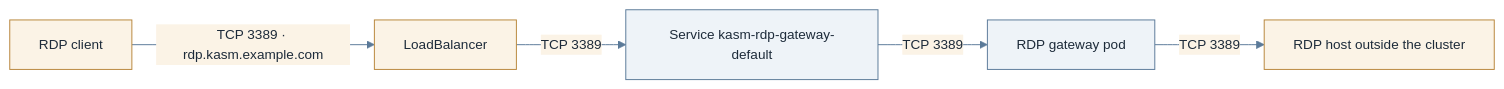
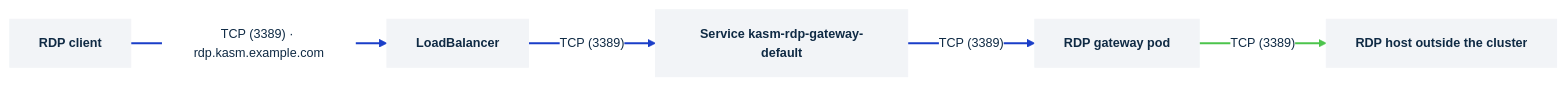
Before and after one commit to kasmtech/kasm-helm: the diagram in docs/how-to/networking/rdp-gateway.md, drawn with Mermaid. The commit also changed 35 other files, not shown here.

First line of the commit message:
Kasm diagram theme, and the operator and agent fixes verified against the dev builds

````diff
--- a/docs/how-to/networking/rdp-gateway.md
+++ b/docs/how-to/networking/rdp-gateway.md
@@ -13,10 +13,16 @@
 ```mermaid
-%%{init: {"theme":"base","themeVariables":{"primaryColor":"#eef3f8","primaryBorderColor":"#5b7a99","primaryTextColor":"#1d2b3a","secondaryColor":"#fbf3e6","secondaryBorderColor":"#b8863b","tertiaryColor":"#eaf5ec","tertiaryBorderColor":"#4f8a5b","lineColor":"#5b7a99","fontFamily":"Inter, Helvetica, Arial, sans-serif","fontSize":"14px"},"flowchart":{"curve":"basis","htmlLabels":true}}}%%
+%%{init: {"theme":"base","themeVariables":{"background":"#ffffff","primaryColor":"#f2f4f7","primaryBorderColor":"#f2f4f7","primaryTextColor":"#0f2a44","lineColor":"#0f2a44","clusterBkg":"#ffffff","clusterBorder":"#4a4a4a","edgeLabelBackground":"#ffffff","fontFamily":"Montserrat, Helvetica, Arial, sans-serif","fontSize":"13px"},"flowchart":{"curve":"linear","htmlLabels":true,"nodeSpacing":36,"rankSpacing":64}}}%%
 flowchart LR
-  rdp["RDP client"] -->|"TCP 3389 · rdp.kasm.example.com"| lb["LoadBalancer"]
-  lb -->|"TCP 3389"| svc["Service kasm-rdp-gateway-default"]
-  svc -->|"TCP 3389"| gwpod["RDP gateway pod"]
-  gwpod -->|"TCP 3389"| host["RDP host outside the cluster"]
-  classDef ext fill:#fbf3e6,stroke:#b8863b
-  class rdp,lb,host ext
+  rdp["RDP client"]:::card
+  lb["LoadBalancer"]:::card
+  svc["Service kasm-rdp-gateway-default"]:::card
+  gwpod["RDP gateway pod"]:::card
+  host["RDP host outside the cluster"]:::card
+  rdp -->|"TCP (3389) · rdp.kasm.example.com"| lb
+  lb -->|"TCP (3389)"| svc
+  svc -->|"TCP (3389)"| gwpod
+  gwpod -->|"TCP (3389)"| host
+  classDef card fill:#f2f4f7,stroke:#f2f4f7,color:#0f2a44,font-weight:600
+  linkStyle 0,1,2 stroke:#1a3ec8,stroke-width:2px
+  linkStyle 3 stroke:#4cc44c,stroke-width:2px
 ```
````
